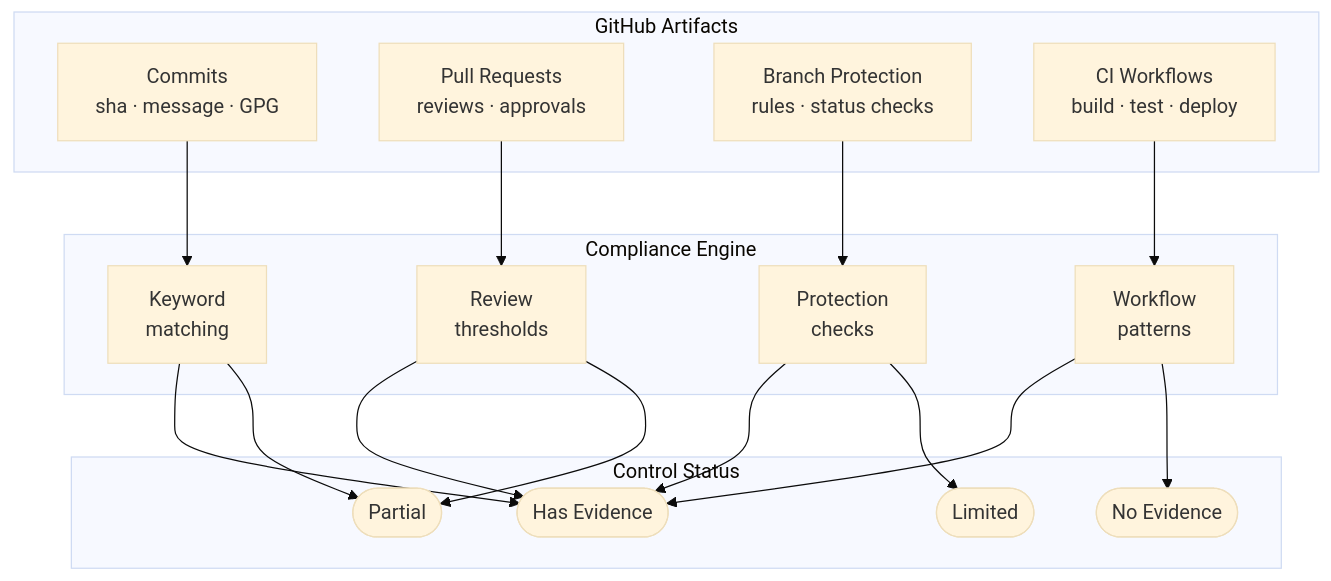
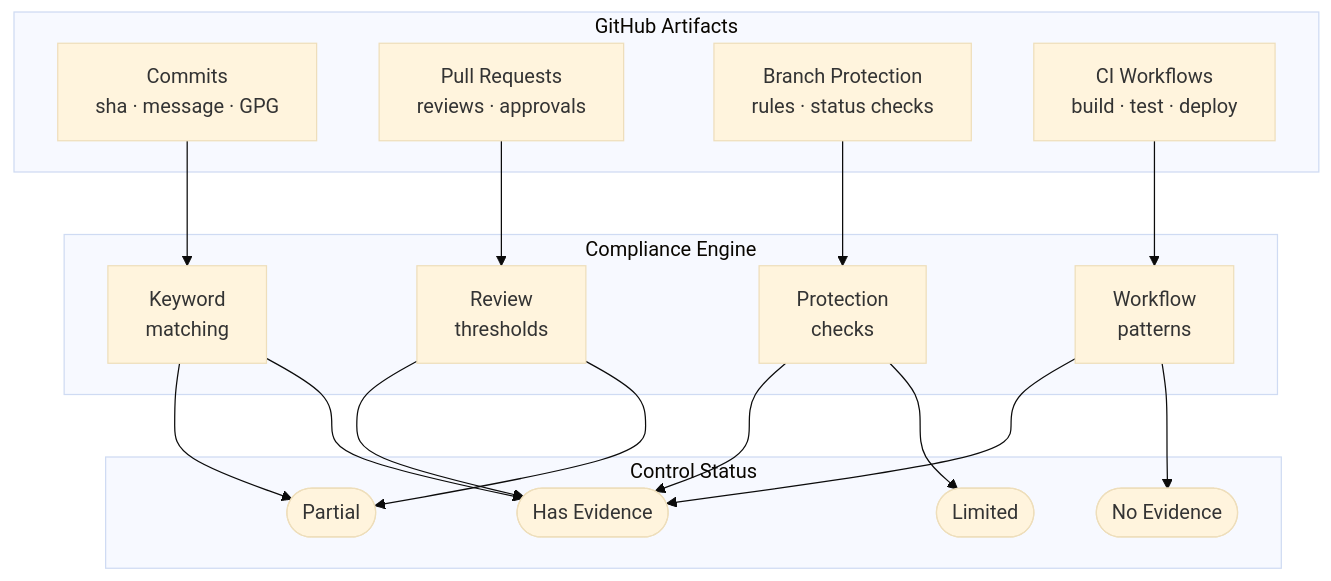
Before and after one commit to JohnJohnW/audittrail-dev: the tenth of 16 diagrams in README.md, drawn with Mermaid (base theme). The commit also changed other lines of this file, not shown here.

First line of the commit message:
fix: further mermaid diagram rendering improvements

````diff
--- a/README.md
+++ b/README.md
@@ -451,37 +450,37 @@
 ```mermaid
 flowchart TD
     subgraph Sources["GitHub Artifacts"]
         C["Commits\nsha · message · GPG"]
         PR["Pull Requests\nreviews · approvals"]
         BP["Branch Protection\nrules · status checks"]
         CI["CI Workflows\nbuild · test · deploy"]
     end
 
     subgraph Engine["Compliance Engine"]
         KW["Keyword\nmatching"]
         RC["Review\nthresholds"]
         BP2["Protection\nchecks"]
         WF["Workflow\npatterns"]
     end
 
     subgraph Outcomes["Control Status"]
         HE(["Has Evidence"])
         PA(["Partial"])
         LI(["Limited"])
         NE(["No Evidence"])
     end
 
     C  --> KW
     PR --> RC
     BP --> BP2
     CI --> WF
 
+    KW  --> PA
     KW  --> HE
-    KW  --> PA
     RC  --> HE
     RC  --> PA
     BP2 --> HE
     BP2 --> LI
     WF  --> HE
     WF  --> NE
 ```
````
